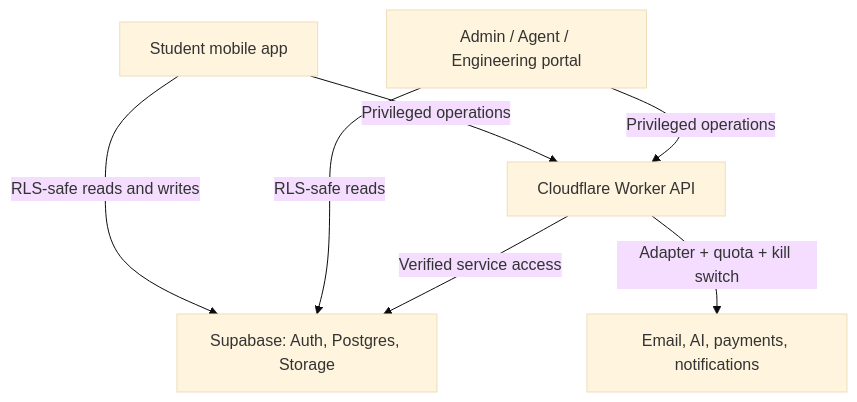
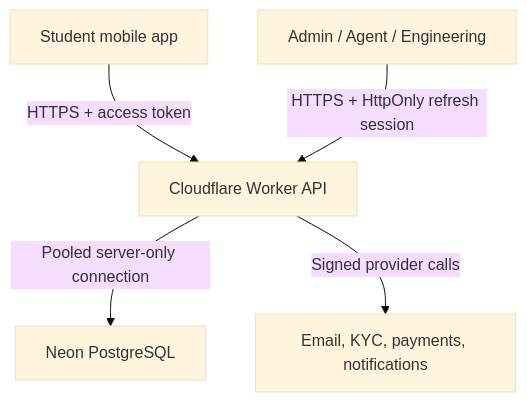
Before and after one commit to KampusOne/platform: the diagram in docs/architecture/README.md, drawn with Mermaid (base theme). The commit also changed other lines of this file and 111 other files, not shown here.

````diff
--- a/docs/architecture/README.md
+++ b/docs/architecture/README.md
@@ -7,9 +7,7 @@
 ```mermaid
 flowchart TD
-  Mobile["Student mobile app"] -->|"RLS-safe reads and writes"| Supabase["Supabase: Auth, Postgres, Storage"]
-  Portal["Admin / Agent / Engineering portal"] -->|"RLS-safe reads"| Supabase
-  Mobile -->|"Privileged operations"| Worker["Cloudflare Worker API"]
-  Portal -->|"Privileged operations"| Worker
-  Worker -->|"Verified service access"| Supabase
-  Worker -->|"Adapter + quota + kill switch"| Providers["Email, AI, payments, notifications"]
+  Mobile["Student mobile app"] -->|"HTTPS + access token"| Worker["Cloudflare Worker API"]
+  Portal["Admin / Agent / Engineering"] -->|"HTTPS + HttpOnly refresh session"| Worker
+  Worker -->|"Pooled server-only connection"| Neon["Neon PostgreSQL"]
+  Worker -->|"Signed provider calls"| Providers["Email, KYC, payments, notifications"]
 ```
````
